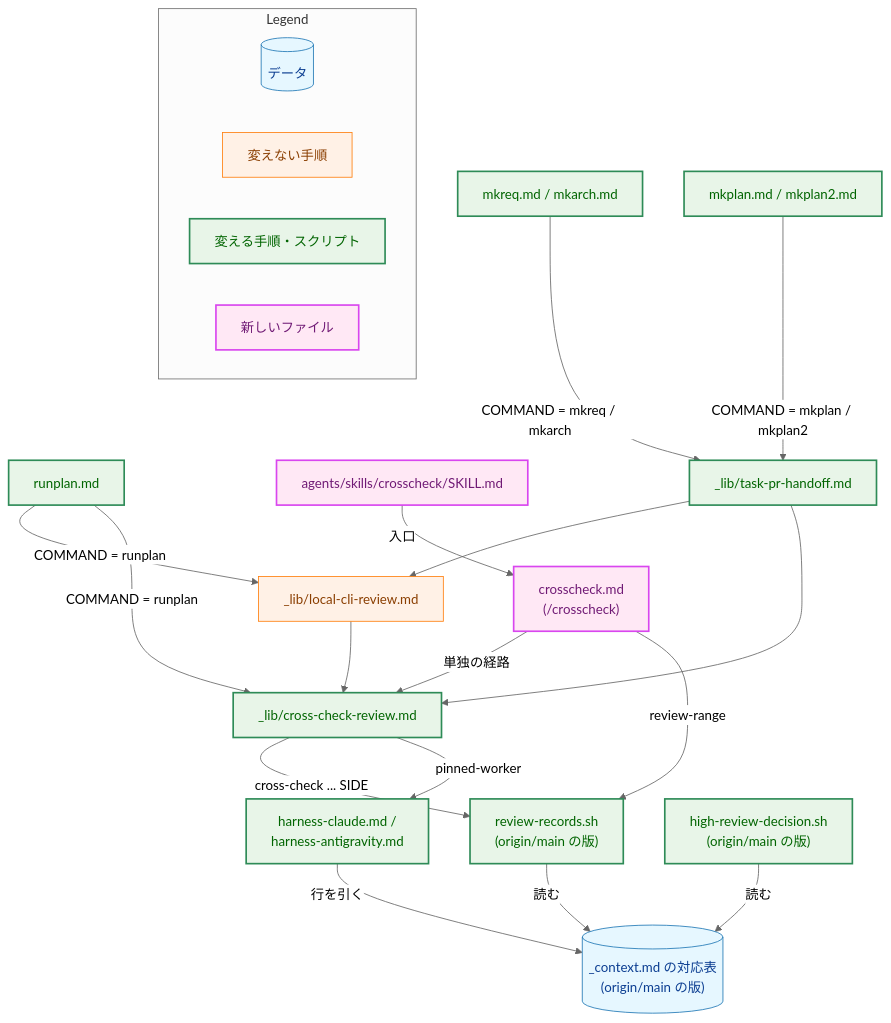
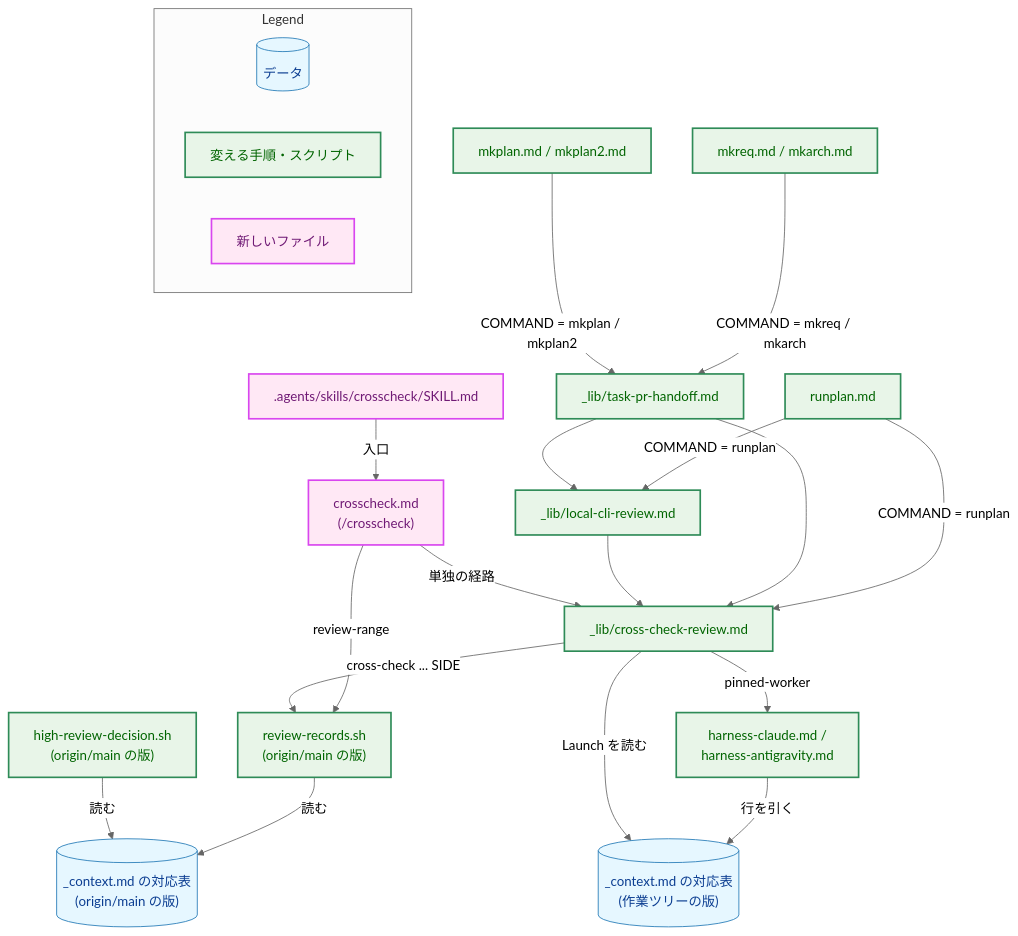
The second of 6 diagrams in docs/tasks/0131_cross_check_light_role/02_architecture.md (isseis/yt2column), drawn with Mermaid (neutral theme) before and after one commit. The commit also changed other lines of this file and 1 other file, not shown here.

First line of the commit message:
docs(0131): address review findings on the cross-check role architecture

````diff
--- a/docs/tasks/0131_cross_check_light_role/02_architecture.md
+++ b/docs/tasks/0131_cross_check_light_role/02_architecture.md
@@ -171,52 +179,51 @@
 ```mermaid
 flowchart TD
     classDef data fill:#e6f7ff,stroke:#1f77b4,stroke-width:1px,color:#0b3d91;
     classDef process fill:#fff1e6,stroke:#ff7f0e,stroke-width:1px,color:#8a3e00;
     classDef enhanced fill:#e8f5e8,stroke:#2e8b57,stroke-width:2px,color:#006400;
     classDef newpkg fill:#ffe8f5,stroke:#d946ef,stroke-width:2px,color:#701a75;
 
     MKREQ["mkreq.md / mkarch.md"]
     MKPLAN["mkplan.md / mkplan2.md"]
     RUNPLAN["runplan.md"]
     CROSSCMD["crosscheck.md<br>(/crosscheck)"]
-    SKILL["agents/skills/crosscheck/SKILL.md"]
+    SKILL[".agents/skills/crosscheck/SKILL.md"]
     HANDOFF["_lib/task-pr-handoff.md"]
     LOCAL["_lib/local-cli-review.md"]
     CC["_lib/cross-check-review.md"]
     ADAPTER["harness-claude.md /<br>harness-antigravity.md"]
     RR["review-records.sh<br>(origin/main の版)"]
     HRD["high-review-decision.sh<br>(origin/main の版)"]
     MAP[("_context.md の対応表<br>(origin/main の版)")]
+    MAPWT[("_context.md の対応表<br>(作業ツリーの版)")]
 
     MKREQ -->|"COMMAND = mkreq / mkarch"| HANDOFF
     MKPLAN -->|"COMMAND = mkplan / mkplan2"| HANDOFF
     RUNPLAN -->|"COMMAND = runplan"| LOCAL
     RUNPLAN -->|"COMMAND = runplan"| CC
     HANDOFF --> LOCAL
     HANDOFF --> CC
     LOCAL --> CC
     SKILL -->|"入口"| CROSSCMD
     CROSSCMD -->|"単独の経路"| CC
     CROSSCMD -->|"review-range"| RR
     CC -->|"cross-check ... SIDE"| RR
     CC -->|"pinned-worker"| ADAPTER
     RR -->|"読む"| MAP
     HRD -->|"読む"| MAP
-    ADAPTER -->|"行を引く"| MAP
+    ADAPTER -->|"行を引く"| MAPWT
+    CC -->|"Launch を読む"| MAPWT
 
-    class MAP data
-    class LOCAL process
-    class MKREQ,MKPLAN,RUNPLAN,HANDOFF,CC,ADAPTER,RR,HRD enhanced
+    class MAP,MAPWT data
+    class MKREQ,MKPLAN,RUNPLAN,HANDOFF,LOCAL,CC,ADAPTER,RR,HRD enhanced
     class CROSSCMD,SKILL newpkg
 
     subgraph Legend["Legend"]
         L1[("データ")]
-        L2["変えない手順"]
         L3["変える手順・スクリプト"]
         L4["新しいファイル"]
     end
     class L1 data
-    class L2 process
     class L3 enhanced
     class L4 newpkg
 ```
````
